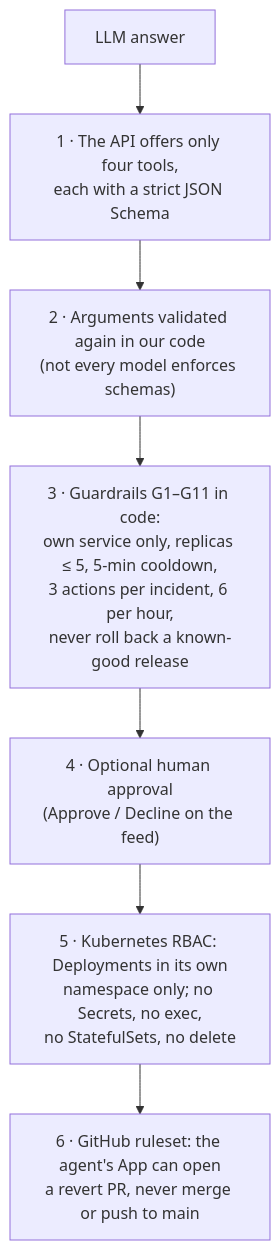
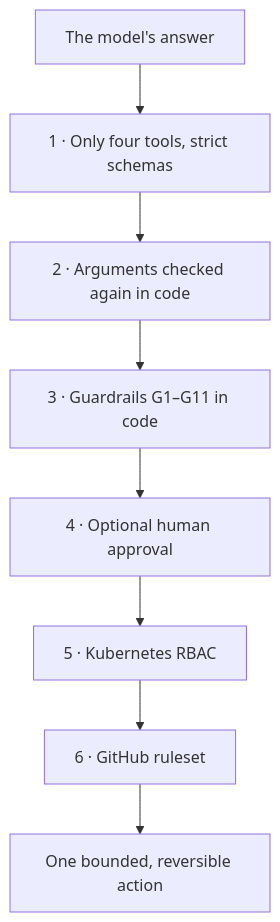
Before and after one commit to Kaizer-1/CircuitBreaker: the second of 6 diagrams in README.md, drawn with Mermaid. The commit also changed other lines of this file, not shown here.

Commit message:
docs(readme): diagrams sized for GitHub's column; details beside them in words

````diff
--- a/README.md
+++ b/README.md
@@ -113,9 +113,10 @@
 ```mermaid
 flowchart TB
-    L["LLM answer"] --> S1["1 · The API offers only four tools,<br/>each with a strict JSON Schema"]
-    S1 --> S2["2 · Arguments validated again in our code<br/>(not every model enforces schemas)"]
-    S2 --> S3["3 · Guardrails G1–G11 in code:<br/>own service only, replicas ≤ 5, 5-min cooldown,<br/>3 actions per incident, 6 per hour,<br/>never roll back a known-good release"]
-    S3 --> S4["4 · Optional human approval<br/>(Approve / Decline on the feed)"]
-    S4 --> S5["5 · Kubernetes RBAC: Deployments in its own<br/>namespace only; no Secrets, no exec,<br/>no StatefulSets, no delete"]
-    S5 --> S6["6 · GitHub ruleset: the agent's App can open<br/>a revert PR, never merge or push to main"]
+    L["The model's answer"] --> S1["1 · Only four tools, strict schemas"]
+    S1 --> S2["2 · Arguments checked again in code"]
+    S2 --> S3["3 · Guardrails G1–G11 in code"]
+    S3 --> S4["4 · Optional human approval"]
+    S4 --> S5["5 · Kubernetes RBAC"]
+    S5 --> S6["6 · GitHub ruleset"]
+    S6 --> OK["One bounded, reversible action"]
 ```
````
